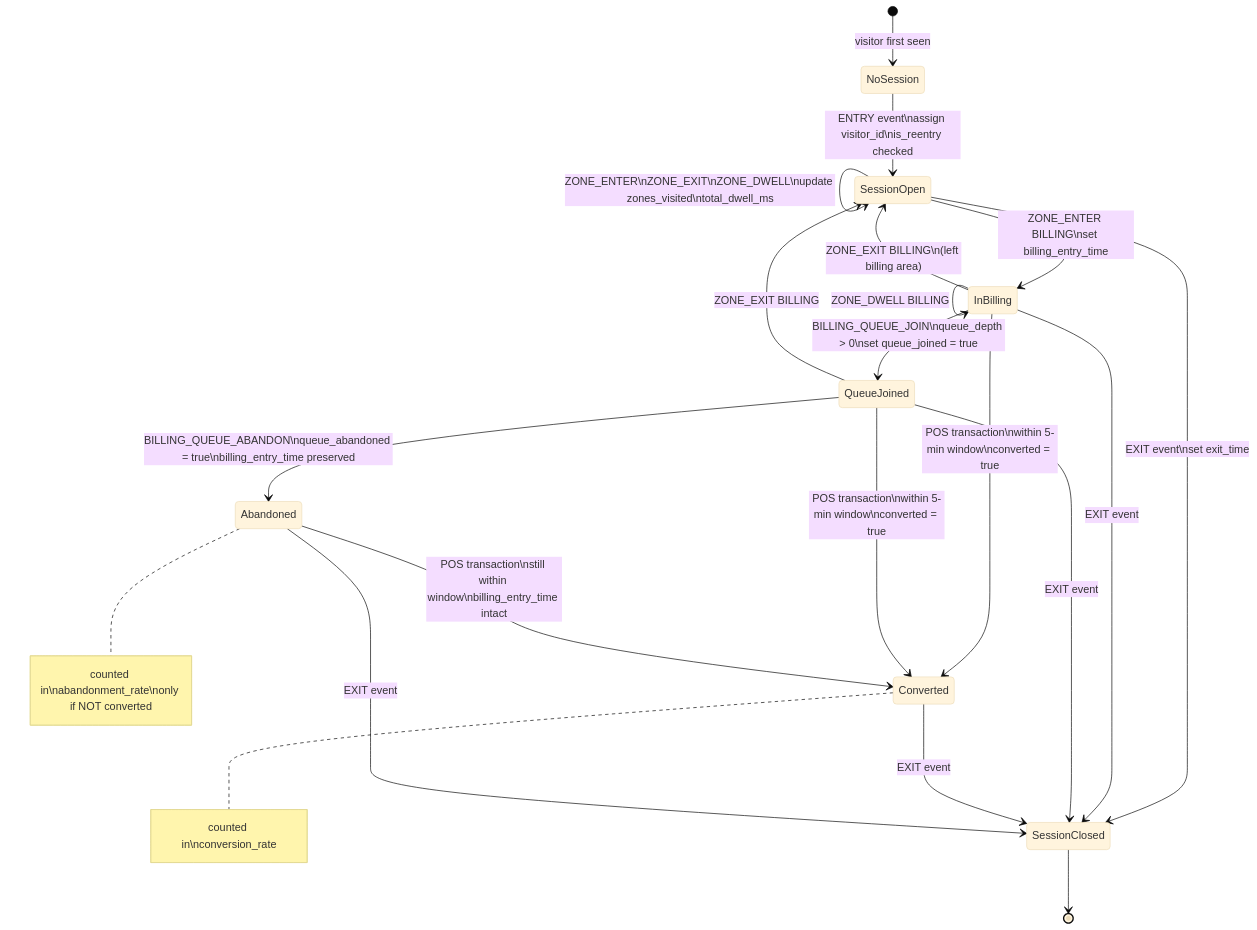
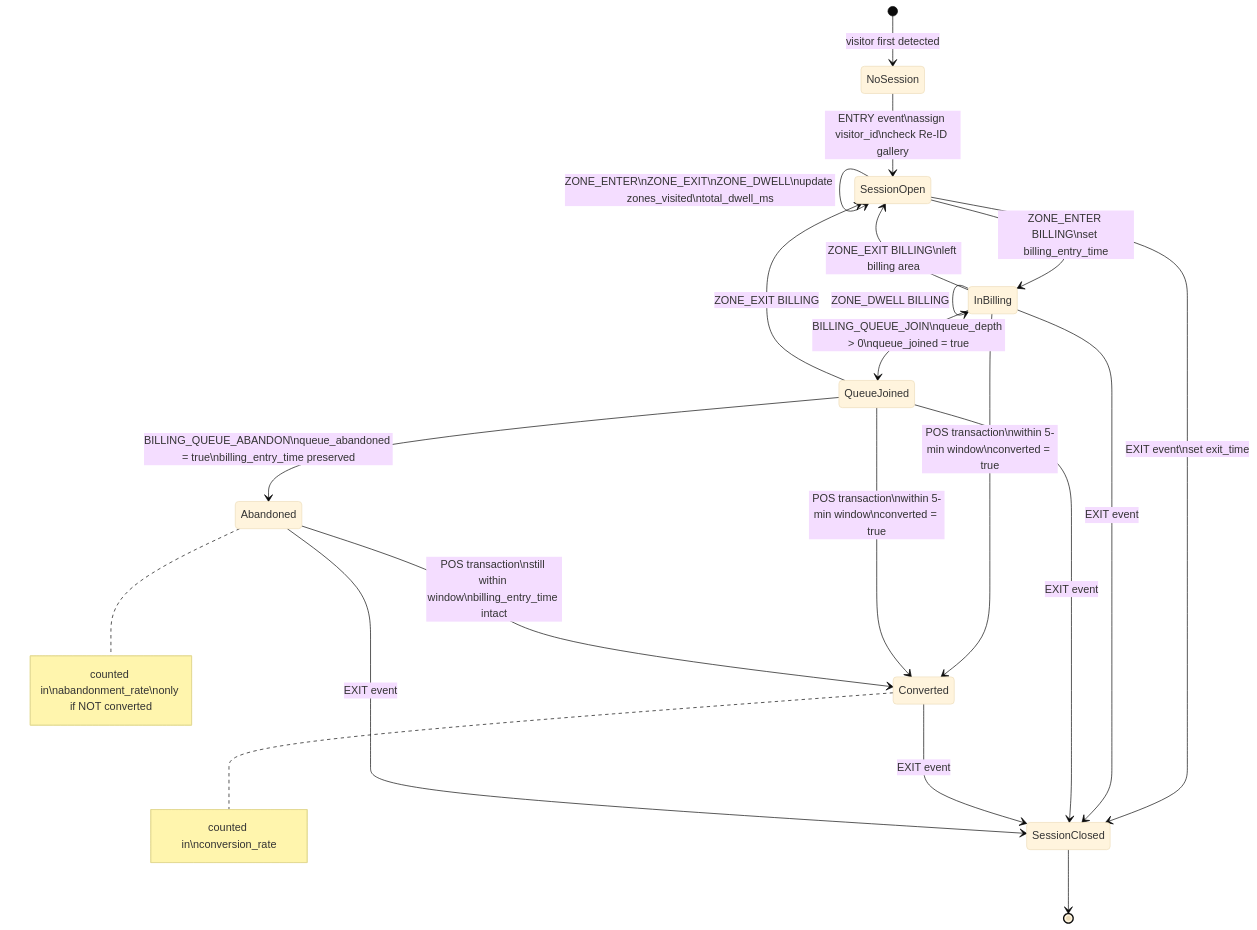
Before and after one commit to riddhisharma-sudo/purplle-Store-intelligence: the third of 5 diagrams in README.md, drawn with Mermaid (base theme). The commit also changed other lines of this file, not shown here.

````diff
--- a/README.md
+++ b/README.md
@@ -198,38 +216,38 @@
 ```mermaid
 stateDiagram-v2
-    [*] --> NoSession : visitor first seen
+    [*] --> NoSession : visitor first detected
 
-    NoSession --> SessionOpen : ENTRY event\nassign visitor_id\nis_reentry checked
+    NoSession --> SessionOpen : ENTRY event\nassign visitor_id\ncheck Re-ID gallery
 
     SessionOpen --> SessionOpen : ZONE_ENTER\nZONE_EXIT\nZONE_DWELL\nupdate zones_visited\ntotal_dwell_ms
 
     SessionOpen --> InBilling : ZONE_ENTER BILLING\nset billing_entry_time
 
     InBilling --> InBilling : ZONE_DWELL BILLING
 
-    InBilling --> QueueJoined : BILLING_QUEUE_JOIN\nqueue_depth > 0\nset queue_joined = true
+    InBilling --> QueueJoined : BILLING_QUEUE_JOIN\nqueue_depth > 0\nqueue_joined = true
 
     QueueJoined --> Abandoned : BILLING_QUEUE_ABANDON\nqueue_abandoned = true\nbilling_entry_time preserved
 
-    InBilling --> SessionOpen : ZONE_EXIT BILLING\n(left billing area)
+    InBilling --> SessionOpen : ZONE_EXIT BILLING\nleft billing area
 
     QueueJoined --> SessionOpen : ZONE_EXIT BILLING
 
     InBilling --> Converted : POS transaction\nwithin 5-min window\nconverted = true
 
     QueueJoined --> Converted : POS transaction\nwithin 5-min window\nconverted = true
 
     Abandoned --> Converted : POS transaction\nstill within window\nbilling_entry_time intact
 
     SessionOpen --> SessionClosed : EXIT event\nset exit_time
 
     InBilling --> SessionClosed : EXIT event
     QueueJoined --> SessionClosed : EXIT event
     Converted --> SessionClosed : EXIT event
     Abandoned --> SessionClosed : EXIT event
 
     SessionClosed --> [*]
 
     note right of Converted : counted in\nconversion_rate
     note right of Abandoned : counted in\nabandonment_rate\nonly if NOT converted
 ```
````
